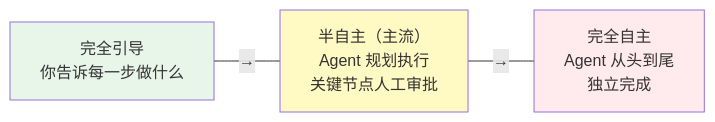
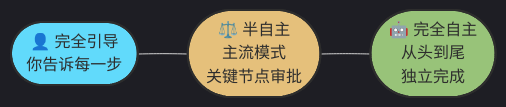
The third of 9 diagrams in docs/ch02-concepts/part-2-concepts.md (zht043/AgenticCodingTutorial), drawn with Mermaid before and after one commit. The commit also changed other lines of this file and 53 other files, not shown here.

First line of the commit message:
feat: 重构文档结构，新增章节并优化 mermaid 图表

````diff
--- a/docs/ch02-concepts/part-2-concepts.md
+++ b/docs/ch02-concepts/part-2-concepts.md
@@ -105,7 +114,12 @@
 ```mermaid
+---
+config:
+  theme: dark
+---
 flowchart LR
-    A["完全引导<br/>你告诉每一步做什么"] ---|→| B["半自主（主流）<br/>Agent 规划执行<br/>关键节点人工审批"] ---|→| C["完全自主<br/>Agent 从头到尾<br/>独立完成"]
-    style A fill:#e8f5e9
-    style B fill:#fff9c4
-    style C fill:#ffebee
+    classDef manual fill:#61dafb,stroke:#2d2d2d,stroke-width:2px,color:#2d2d2d
+    classDef semi fill:#e5c07b,stroke:#2d2d2d,stroke-width:2px,color:#2d2d2d
+    classDef auto fill:#98c379,stroke:#2d2d2d,stroke-width:2px,color:#2d2d2d
+
+    A(["👤 完全引导<br/>你告诉每一步"]):::manual --- B(["⚖️ 半自主<br/>主流模式<br/>关键节点审批"]):::semi --- C(["🤖 完全自主<br/>从头到尾<br/>独立完成"]):::auto
 ```
````
